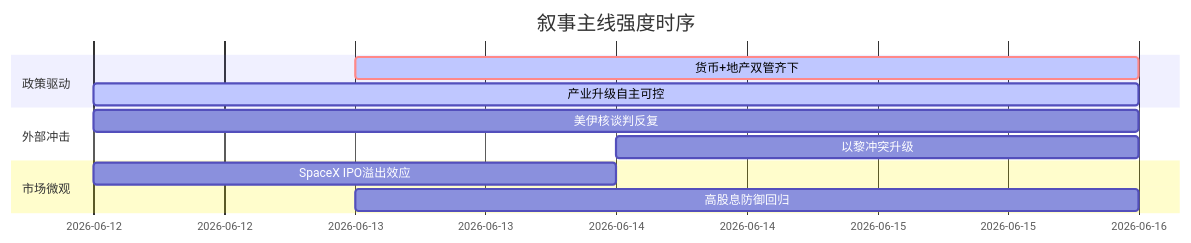
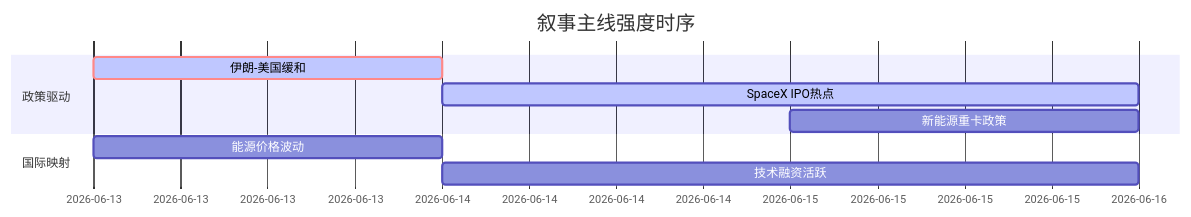
The diagram in 5day_report.md (uu5zn/uu5zn.github.io), drawn with Mermaid before and after one commit. The commit also changed other lines of this file and 19 other files, not shown here.

````diff
--- a/5day_report.md
+++ b/5day_report.md
@@ -56,16 +44,13 @@
 ```mermaid
 gantt
     title 叙事主线强度时序
     dateFormat  YYYY-MM-DD
     section 政策驱动
-    货币+地产双管齐下   :crit, active, 2026-06-13, 3d
-    产业升级自主可控     :active, 2026-06-12, 4d
+    伊朗‑美国缓和   :crit, active, 2026-06-13, 1d
+    SpaceX IPO热点   :active, 2026-06-14, 2d
+    新能源重卡政策   :2026-06-15, 1d
     
-    section 外部冲击
-    美伊核谈判反复      :2026-06-12, 4d
-    以黎冲突升级        :2026-06-14, 2d
-    
-    section 市场微观
-    SpaceX IPO溢出效应   :2026-06-12, 2d
-    高股息防御回归      :2026-06-13, 3d
+    section 国际映射
+    能源价格波动     :2026-06-13, 1d
+    技术融资活跃     :2026-06-14, 2d
 ```
````
